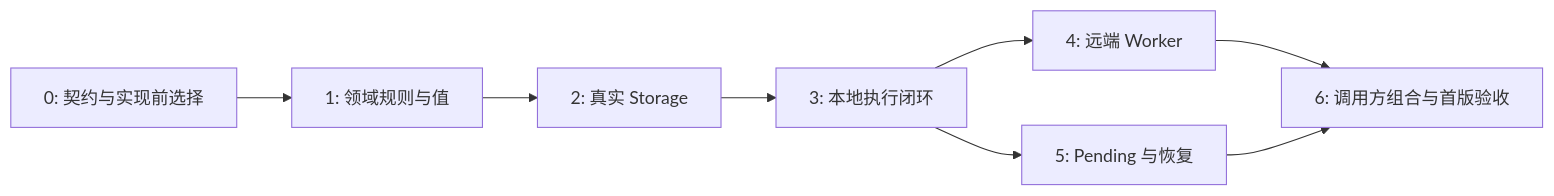
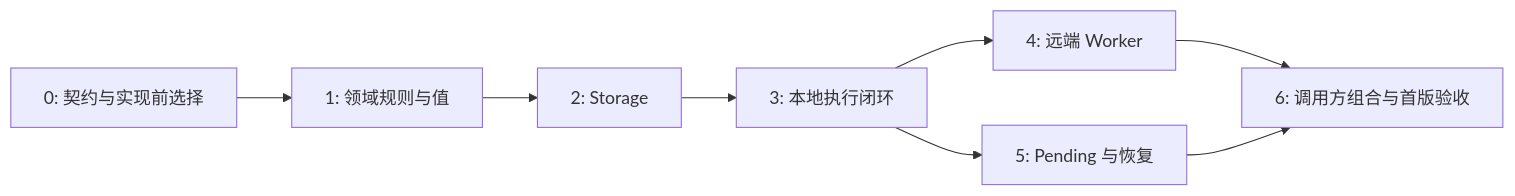
One commit to Hobr/Beamlet changed the diagram in model/spec/implementation-roadmap.md. Above: the diagram before and after it, drawn with Mermaid. The commit also changed other lines of this file and 24 other files, not shown here.

````diff
--- a/model/spec/implementation-roadmap.md
+++ b/model/spec/implementation-roadmap.md
@@ -9,10 +8,10 @@
 ```mermaid
 flowchart LR
     D0["0: 契约与实现前选择"] --> D1["1: 领域规则与值"]
-    D1 --> D2["2: 真实 Storage"]
+    D1 --> D2["2: Storage"]
     D2 --> D3["3: 本地执行闭环"]
     D3 --> D4["4: 远端 Worker"]
     D3 --> D5["5: Pending 与恢复"]
     D4 --> D6["6: 调用方组合与首版验收"]
     D5 --> D6
 ```
````
